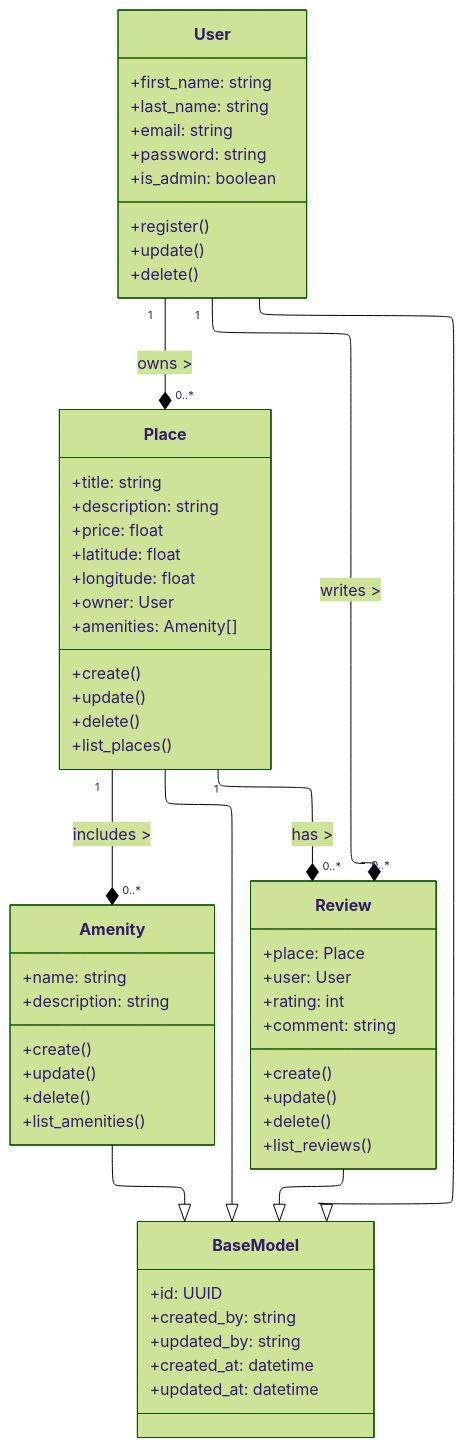
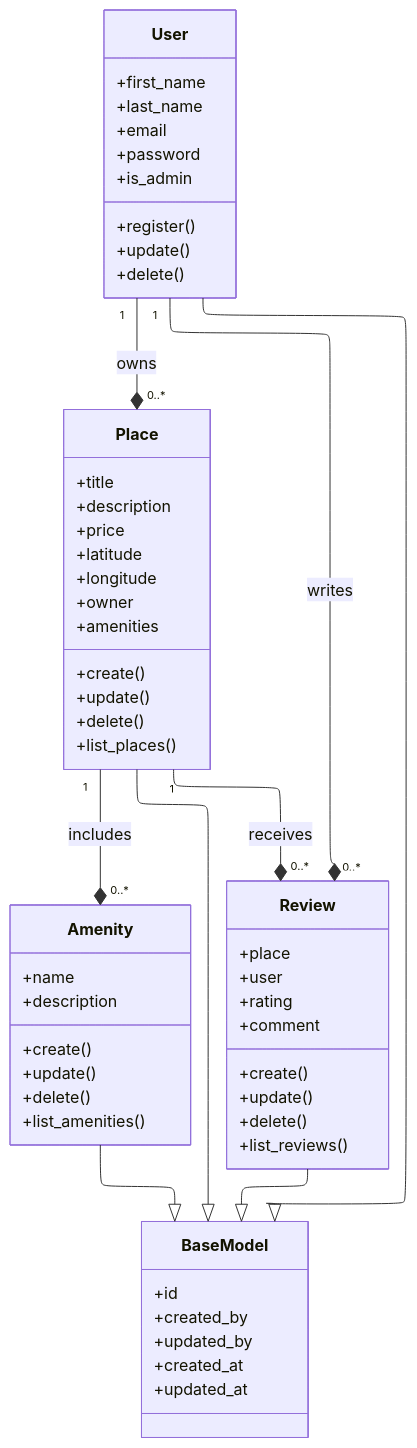
The diagram in part1/class_diagram.mmd (kahlidfma5/holbertonschool-hbnb), drawn with Mermaid before and after one commit.

```diff
--- a/part1/class_diagram.mmd
+++ b/part1/class_diagram.mmd
@@ -1,73 +1,70 @@
 ---
 config:
-  theme: forest
+  theme: default
   layout: elk
 ---
 classDiagram
-    direction TB
+direction TB
 
-    %% Classes
-    class BaseModel {
-        +id: UUID
-        +created_by: string
-        +updated_by: string
-        +created_at: datetime
-        +updated_at: datetime
-    }
+class BaseModel {
+    +id
+    +created_by
+    +updated_by
+    +created_at
+    +updated_at
+}
 
-    class User {
-        +first_name: string
-        +last_name: string
-        +email: string
-        +password: string
-        +is_admin: boolean
-        +register()
-        +update()
-        +delete()
-    }
+class User {
+    +first_name
+    +last_name
+    +email
+    +password
+    +is_admin
+    +register()
+    +update()
+    +delete()
+}
 
-    class Place {
-        +title: string
-        +description: string
-        +price: float
-        +latitude: float
-        +longitude: float
-        +owner: User
-        +amenities: Amenity[]
-        +create()
-        +update()
-        +delete()
-        +list_places()
-    }
+class Place {
+    +title
+    +description
+    +price
+    +latitude
+    +longitude
+    +owner
+    +amenities
+    +create()
+    +update()
+    +delete()
+    +list_places()
+}
 
-    class Amenity {
-        +name: string
-        +description: string
-        +create()
-        +update()
-        +delete()
-        +list_amenities()
-    }
+class Amenity {
+    +name
+    +description
+    +create()
+    +update()
+    +delete()
+    +list_amenities()
+}
 
-    class Review {
-        +place: Place
-        +user: User
-        +rating: int
-        +comment: string
-        +create()
-        +update()
-        +delete()
-        +list_reviews()
-    }
+class Review {
+    +place
+    +user
+    +rating
+    +comment
+    +create()
+    +update()
+    +delete()
+    +list_reviews()
+}
 
-    %% Inheritance
-    User --|> BaseModel
-    Place --|> BaseModel
-    Amenity --|> BaseModel
-    Review --|> BaseModel
+User --|> BaseModel
+Place --|> BaseModel
+Amenity --|> BaseModel
+Review --|> BaseModel
 
-    %% Associations
-    User "1" --* "0..*" Place : owns >
-    User "1" --* "0..*" Review : writes >
-    Place "1" --* "0..*" Review : has >
-    Place "1" --* "0..*" Amenity : includes >
+User "1" --* "0..*" Place : owns
+User "1" --* "0..*" Review : writes
+Place "1" --* "0..*" Review : receives
+Place "1" --* "0..*" Amenity : includes
```
